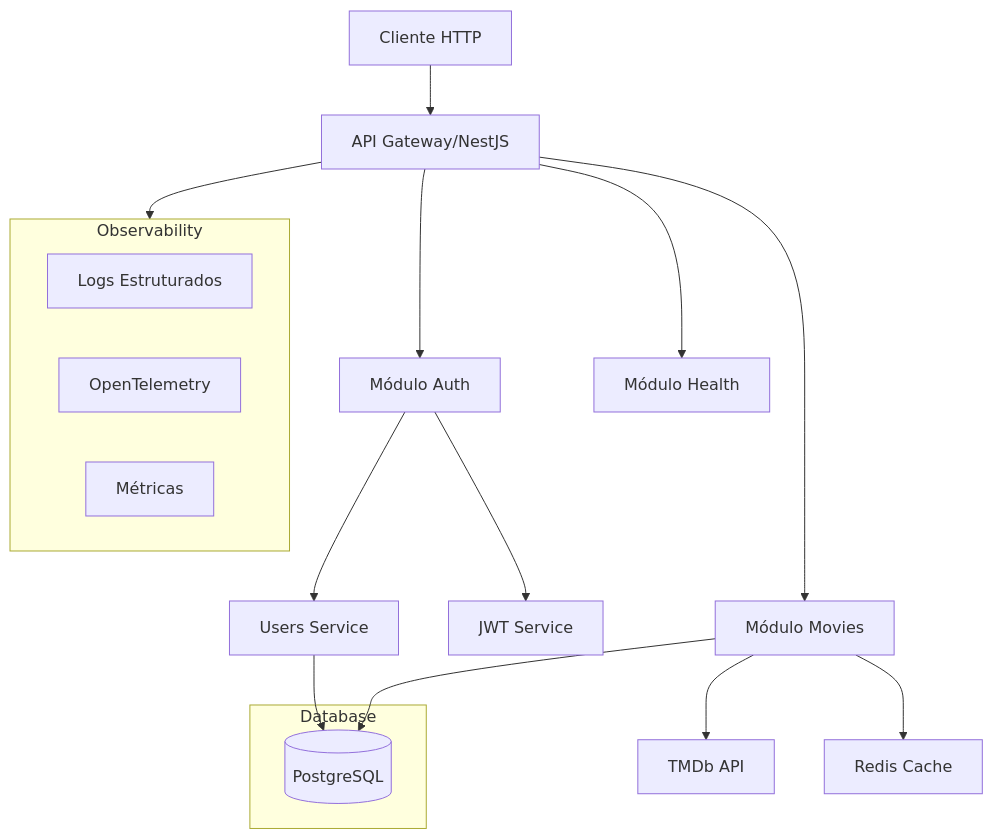
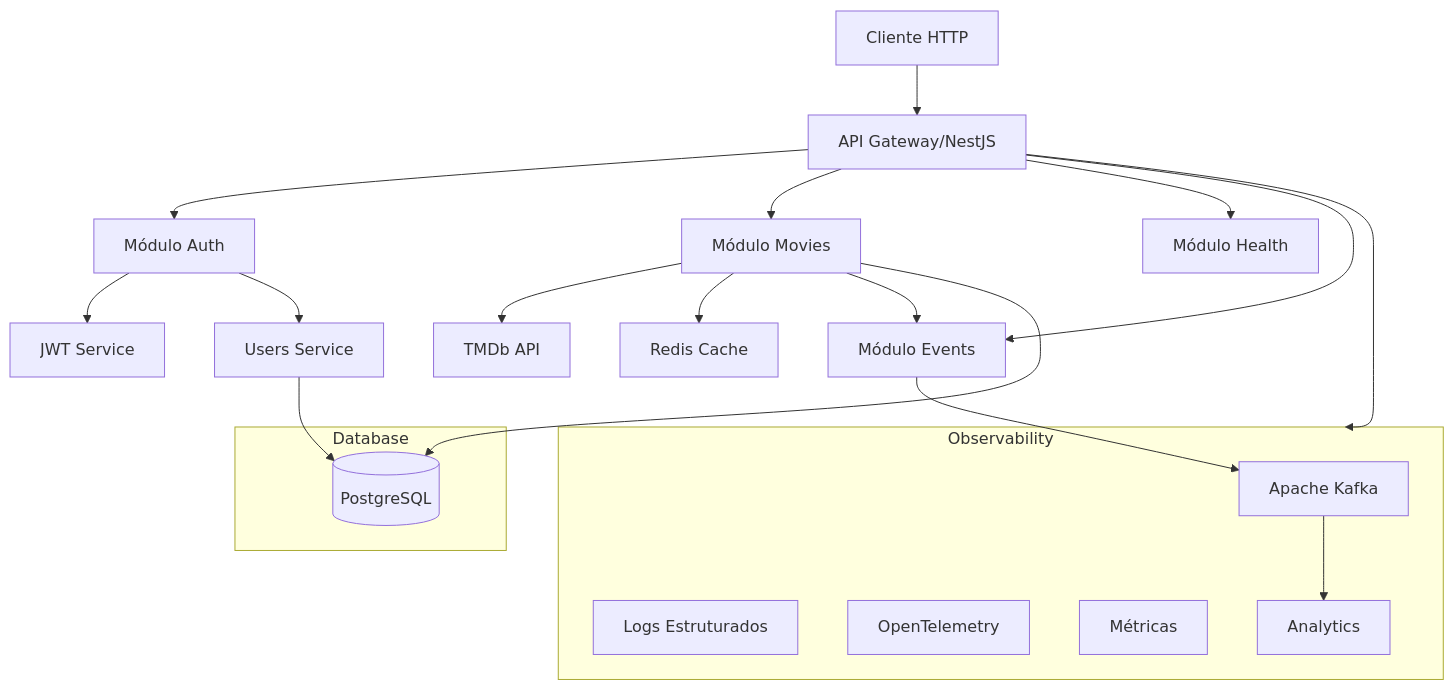
The first of 4 diagrams in docs/ARCHITECTURE.md (igorbrandao18/watch-test-backend), drawn with Mermaid before and after one commit. The commit also changed other lines of this file and 26 other files, not shown here.

````diff
--- a/docs/ARCHITECTURE.md
+++ b/docs/ARCHITECTURE.md
@@ -5,26 +5,31 @@
 ```mermaid
 graph TD
     Client[Cliente HTTP] --> API[API Gateway/NestJS]
     API --> Auth[Módulo Auth]
     API --> Movies[Módulo Movies]
     API --> Health[Módulo Health]
+    API --> Events[Módulo Events]
     
     Auth --> JWT[JWT Service]
     Auth --> Users[Users Service]
     Movies --> TMDb[TMDb API]
     Movies --> Cache[Redis Cache]
+    Movies --> Events
+    
+    Events --> Kafka[Apache Kafka]
     
     subgraph Database
         PostgreSQL[(PostgreSQL)]
     end
     
     subgraph Observability
         Logs[Logs Estruturados]
         Traces[OpenTelemetry]
         Metrics[Métricas]
+        Kafka --> Analytics[Analytics]
     end
     
     Users --> PostgreSQL
     Movies --> PostgreSQL
     API --> Observability
 ```
````
